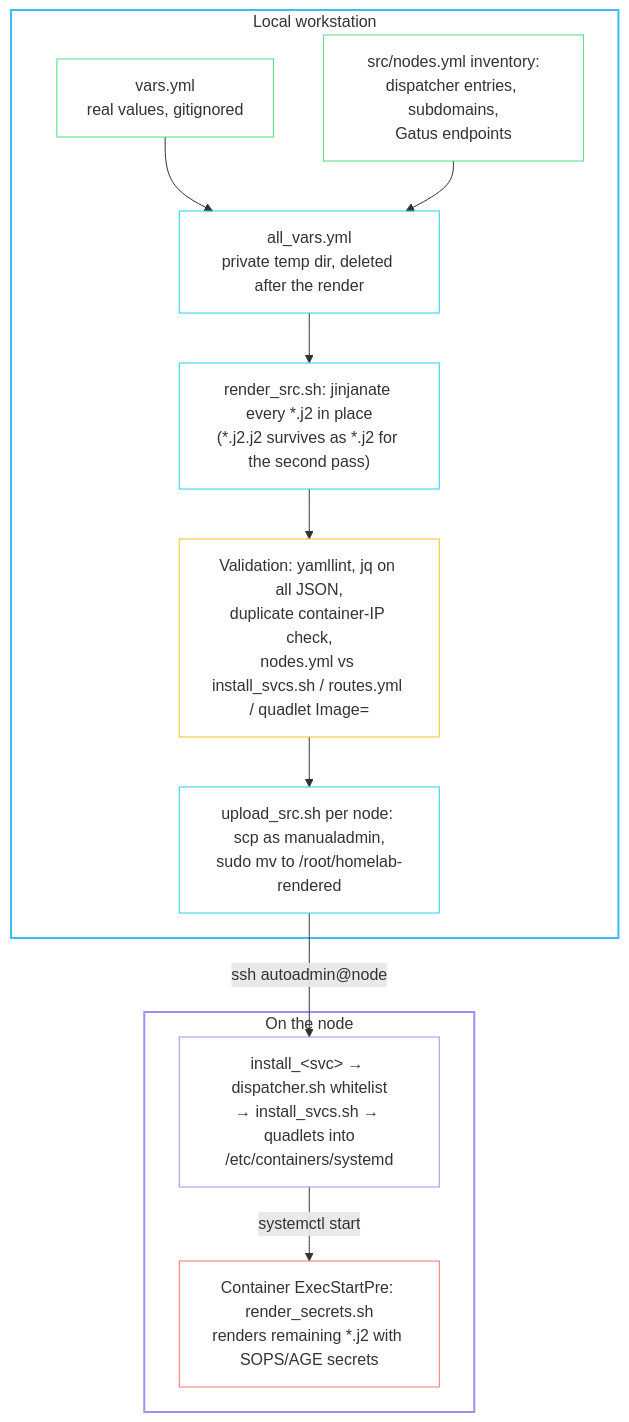
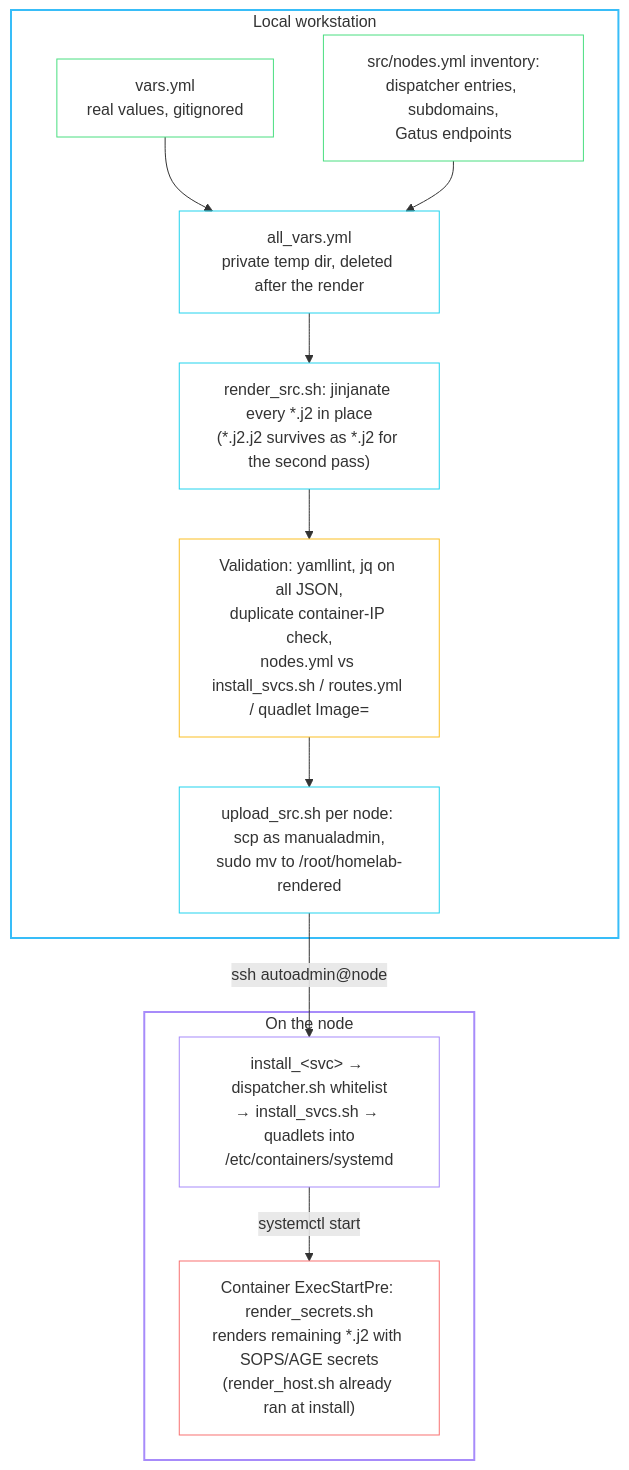
The diagram in rendered/docs/development.md (babraham123/homelab), drawn with Mermaid before and after one commit. The commit also changed other lines of this file and 81 other files, not shown here.

````diff
--- a/rendered/docs/development.md
+++ b/rendered/docs/development.md
@@ -48,35 +51,35 @@
 ```mermaid
 flowchart TB
     subgraph local["Local workstation"]
         vars["vars.yml<br/>real values, gitignored"]
         inventory["src/nodes.yml inventory:<br/>dispatcher entries, subdomains,<br/>Gatus endpoints"]
         allvars["all_vars.yml<br/>private temp dir, deleted after the render"]
         render["render_src.sh: jinjanate every *.j2 in place<br/>(*.j2.j2 survives as *.j2 for the second pass)"]
         validate["Validation: yamllint, jq on all JSON,<br/>duplicate container-IP check,<br/>nodes.yml vs install_svcs.sh / routes.yml / quadlet Image="]
         upload["upload_src.sh per node: scp as manualadmin,<br/>sudo mv to /root/homelab-rendered"]
     end
 
     subgraph node["On the node"]
         dispatch["install_&lt;svc&gt; → dispatcher.sh whitelist<br/>→ install_svcs.sh → quadlets into<br/>/etc/containers/systemd"]
-        second["Container ExecStartPre: render_secrets.sh<br/>renders remaining *.j2 with SOPS/AGE secrets"]
+        second["Container ExecStartPre: render_secrets.sh<br/>renders remaining *.j2 with SOPS/AGE secrets<br/>(render_host.sh already ran at install)"]
     end
 
     vars --> allvars
     inventory --> allvars
     allvars --> render --> validate --> upload
     upload -- "ssh autoadmin@node" --> dispatch
     dispatch -- "systemctl start" --> second
 
     style local stroke:#38bdf8,stroke-width:2px,fill:transparent
     style node stroke:#a78bfa,stroke-width:2px,fill:transparent
     classDef input stroke:#4ade80,fill:transparent
     classDef step stroke:#22d3ee,fill:transparent
     classDef onnode stroke:#a78bfa,fill:transparent
     classDef check stroke:#fbbf24,fill:transparent
     classDef secret stroke:#f87171,fill:transparent
     class vars,inventory input
     class allvars,render,upload step
     class dispatch onnode
     class validate check
     class second secret
 ```
````
